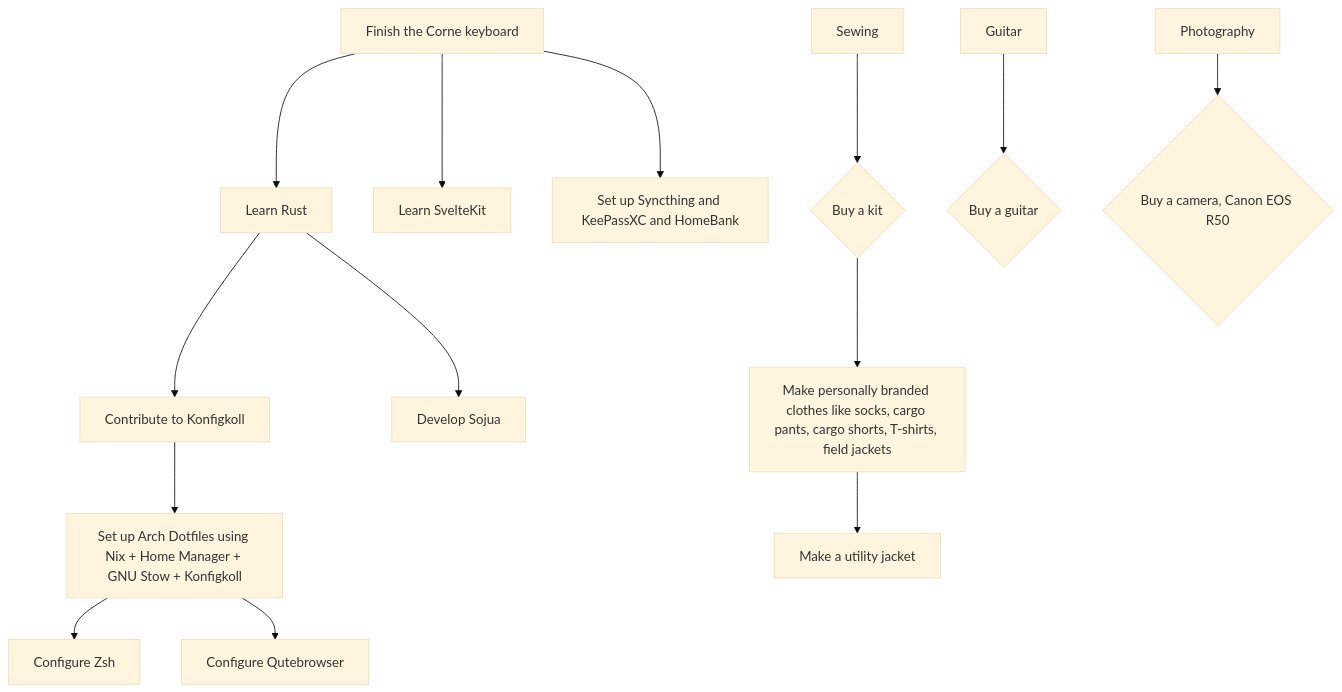
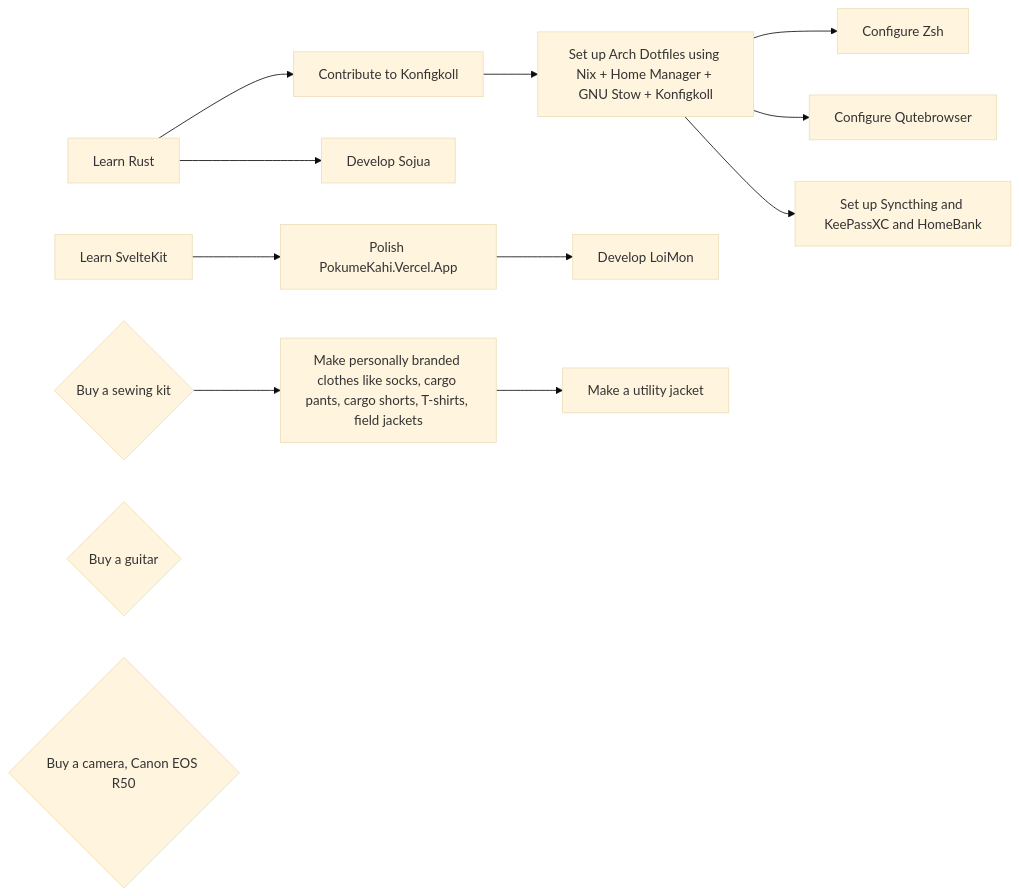
Before and after one commit to PokumeKachi/ybiau: the first of 3 diagrams in notes/td7kggh8.md, drawn with Mermaid (base theme). The commit also changed other lines of this file and 3 other files, not shown here.

````diff
--- a/notes/td7kggh8.md
+++ b/notes/td7kggh8.md
@@ -13,27 +13,29 @@
 ```mermaid
-graph TB
+graph LR
 
-Corne[Finish the Corne keyboard]-->Rust[Learn Rust]
+Rust[Learn Rust]
 
     Rust-->Konfigkoll[Contribute to Konfigkoll]
 
         Konfigkoll-->Dotfiles[Set up Arch Dotfiles using Nix + Home Manager + GNU Stow + Konfigkoll]
 
             Dotfiles-->Zsh[Configure Zsh]
             Dotfiles-->Qute[Configure Qutebrowser]
+            Dotfiles-->Security[Set up Syncthing and KeePassXC and HomeBank]
 
     Rust-->Sojua[Develop Sojua]
 
-Corne-->SvelteKit[Learn SvelteKit]
+SvelteKit[Learn SvelteKit]
+    SvelteKit-->Vercel[Polish PokumeKahi.Vercel.App]
+        Vercel-->LoiMon[Develop LoiMon]
 
-Corne-->Security[Set up Syncthing and KeePassXC and HomeBank]
 
-Sewing-->SewingExpense{Buy a kit}
+Sew{Buy a sewing kit}
 
-    SewingExpense-->Personal[Make personally branded clothes like socks, cargo pants, cargo shorts, T-shirts, field jackets]
+    Sew-->Personal[Make personally branded clothes like socks, cargo pants, cargo shorts, T-shirts, field jackets]
         Personal-->Jacket[Make a utility jacket]
 
-Guitar-->GuitarExpense{Buy a guitar}
+Guitar{Buy a guitar}
 
-Photography-->PhotoExpense{Buy a camera, Canon EOS R50}
+Photo{Buy a camera, Canon EOS R50}
 ```
````
